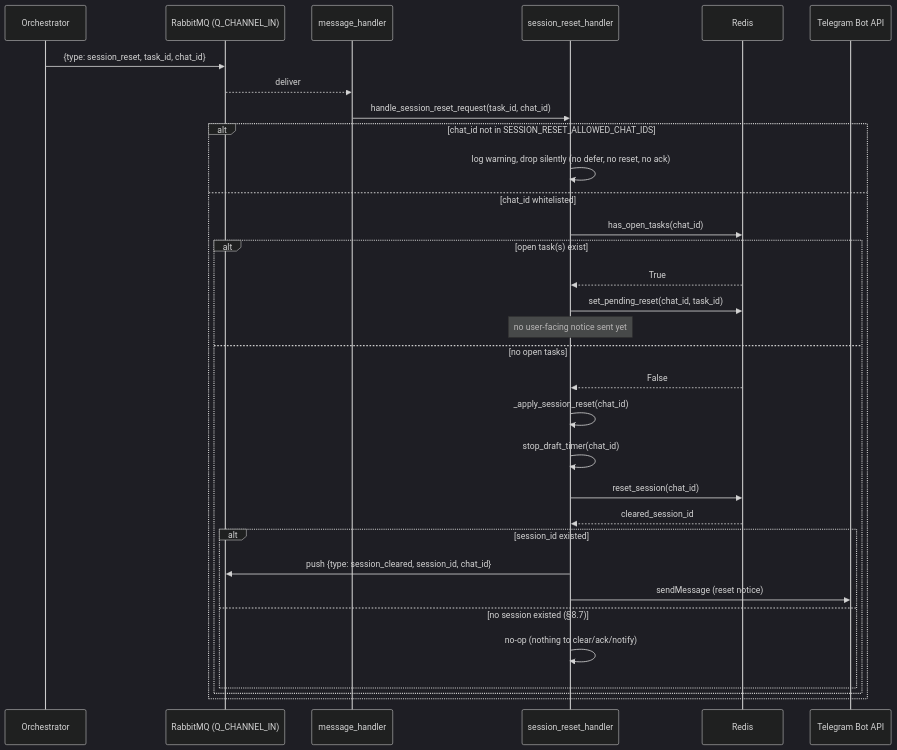
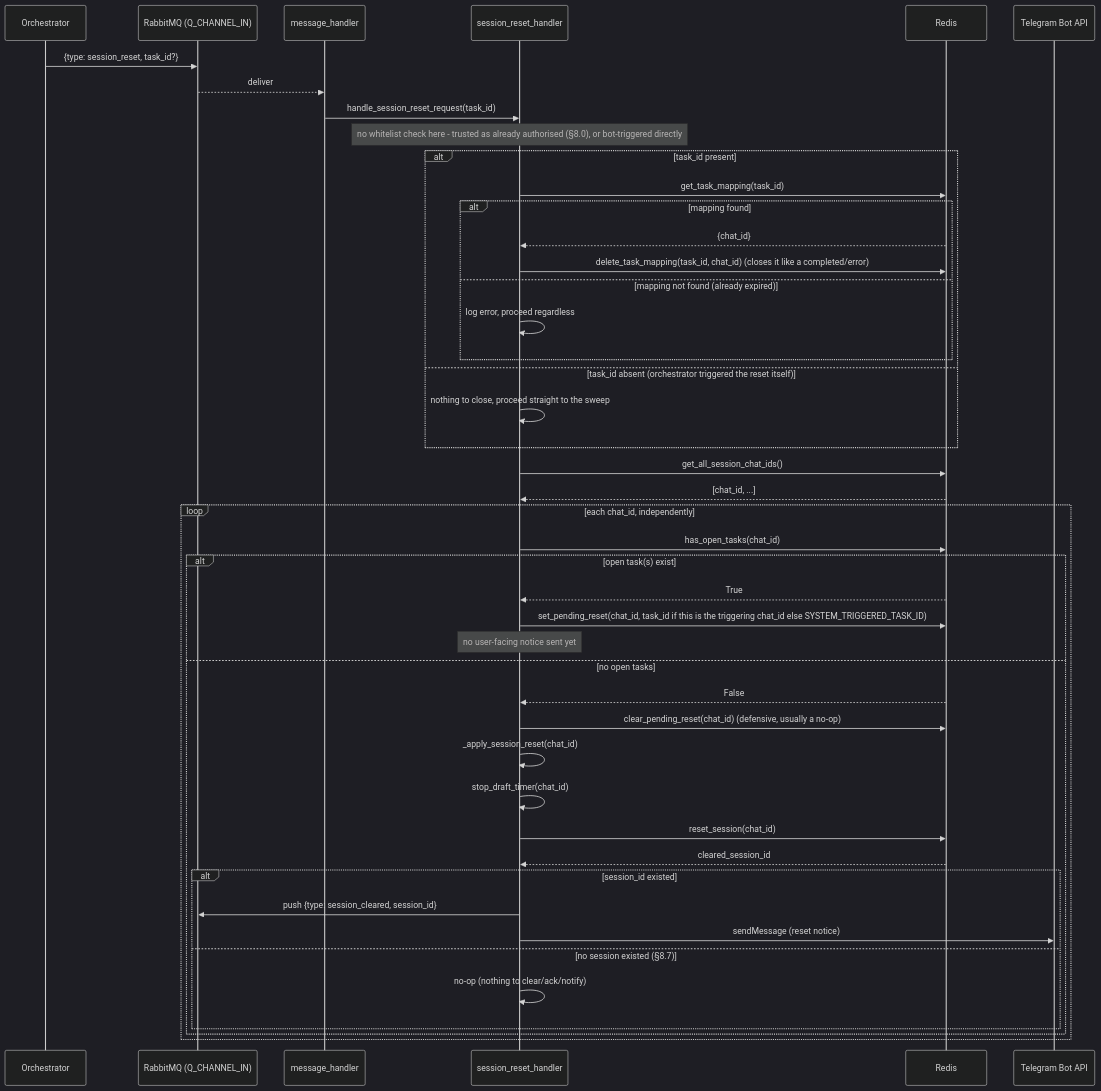
One commit to SorinoSSK/server-ai-chatbot-setup changed diagram 22 of 38 in telegram_gateway/CODE_SEQUENCE_DIAGRAM.md. Above: the diagram before and after it, drawn with Mermaid (dark theme). The commit also changed other lines of this file and 8 other files, not shown here.

````diff
--- a/telegram_gateway/CODE_SEQUENCE_DIAGRAM.md
+++ b/telegram_gateway/CODE_SEQUENCE_DIAGRAM.md
@@ -658,35 +704,48 @@
 ```mermaid
 sequenceDiagram
     participant Orchestrator
     participant MQ as RabbitMQ (Q_CHANNEL_IN)
     participant Handler as message_handler
     participant Session as session_reset_handler
     participant Redis
     participant TG as Telegram Bot API
 
-    Orchestrator->>MQ: {type: session_reset, task_id, chat_id}
+    Orchestrator->>MQ: {type: session_reset, task_id?}
     MQ-->>Handler: deliver
-    Handler->>Session: handle_session_reset_request(task_id, chat_id)
-    alt chat_id not in SESSION_RESET_ALLOWED_CHAT_IDS
-        Session->>Session: log warning, drop silently (no defer, no reset, no ack)
-    else chat_id whitelisted
+    Handler->>Session: handle_session_reset_request(task_id)
+    Note over Session: no whitelist check here - trusted as already authorised (§8.0), or bot-triggered directly
+    alt task_id present
+        Session->>Redis: get_task_mapping(task_id)
+        alt mapping found
+            Redis-->>Session: {chat_id}
+            Session->>Redis: delete_task_mapping(task_id, chat_id) (closes it like a completed/error)
+        else mapping not found (already expired)
+            Session->>Session: log error, proceed regardless
+        end
+    else task_id absent (orchestrator triggered the reset itself)
+        Session->>Session: nothing to close, proceed straight to the sweep
+    end
+    Session->>Redis: get_all_session_chat_ids()
+    Redis-->>Session: [chat_id, ...]
+    loop each chat_id, independently
         Session->>Redis: has_open_tasks(chat_id)
         alt open task(s) exist
             Redis-->>Session: True
-            Session->>Redis: set_pending_reset(chat_id, task_id)
+            Session->>Redis: set_pending_reset(chat_id, task_id if this is the triggering chat_id else SYSTEM_TRIGGERED_TASK_ID)
             Note over Session: no user-facing notice sent yet
         else no open tasks
             Redis-->>Session: False
+            Session->>Redis: clear_pending_reset(chat_id) (defensive, usually a no-op)
             Session->>Session: _apply_session_reset(chat_id)
             Session->>Session: stop_draft_timer(chat_id)
             Session->>Redis: reset_session(chat_id)
             Redis-->>Session: cleared_session_id
             alt session_id existed
-                Session->>MQ: push {type: session_cleared, session_id, chat_id}
+                Session->>MQ: push {type: session_cleared, session_id}
                 Session->>TG: sendMessage (reset notice)
             else no session existed (§8.7)
                 Session->>Session: no-op (nothing to clear/ack/notify)
             end
         end
     end
 ```
````
